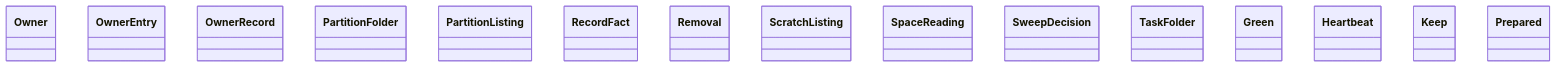
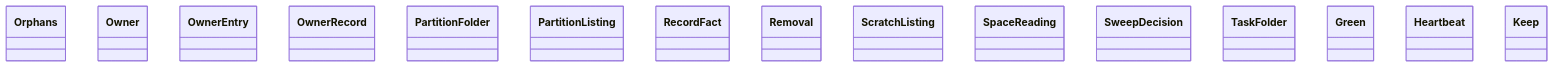
One commit to GonzaloZevallos/agentic-system changed the diagram in docs/architecture/generated/classes-process-domain-machine-3.md. Above: the diagram before and after it, drawn with Mermaid. The commit also changed 6 other files, not shown here.

````diff
--- a/docs/architecture/generated/classes-process-domain-machine-3.md
+++ b/docs/architecture/generated/classes-process-domain-machine-3.md
@@ -33,18 +33,18 @@
 ```mermaid
 classDiagram
+    class scratch__Orphans["Orphans"]
     class scratch__Owner["Owner"]
     class scratch__OwnerEntry["OwnerEntry"]
     class scratch__OwnerRecord["OwnerRecord"]
     class scratch__PartitionFolder["PartitionFolder"]
     class scratch__PartitionListing["PartitionListing"]
     class scratch__RecordFact["RecordFact"]
     class scratch__Removal["Removal"]
     class scratch__ScratchListing["ScratchListing"]
     class scratch__SpaceReading["SpaceReading"]
     class scratch__SweepDecision["SweepDecision"]
     class scratch__TaskFolder["TaskFolder"]
     class stage0_rotation__Green["Green"]
     class stage0_rotation__Heartbeat["Heartbeat"]
     class stage0_rotation__Keep["Keep"]
-    class stage0_rotation__Prepared["Prepared"]
 ```
````
